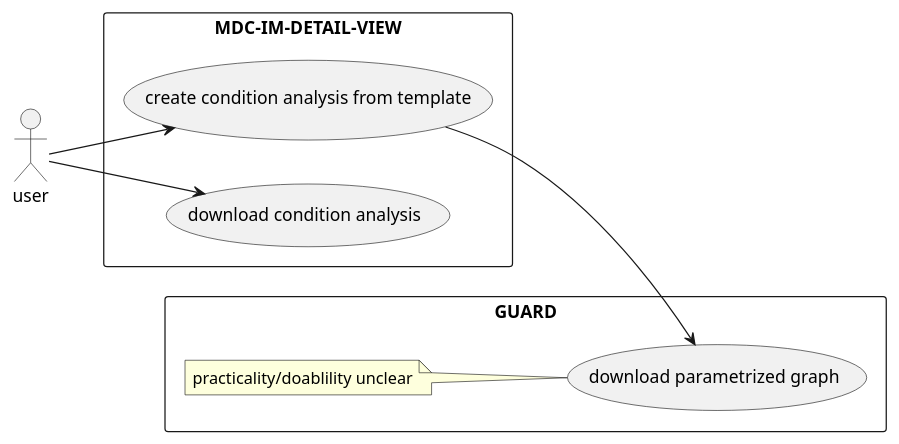
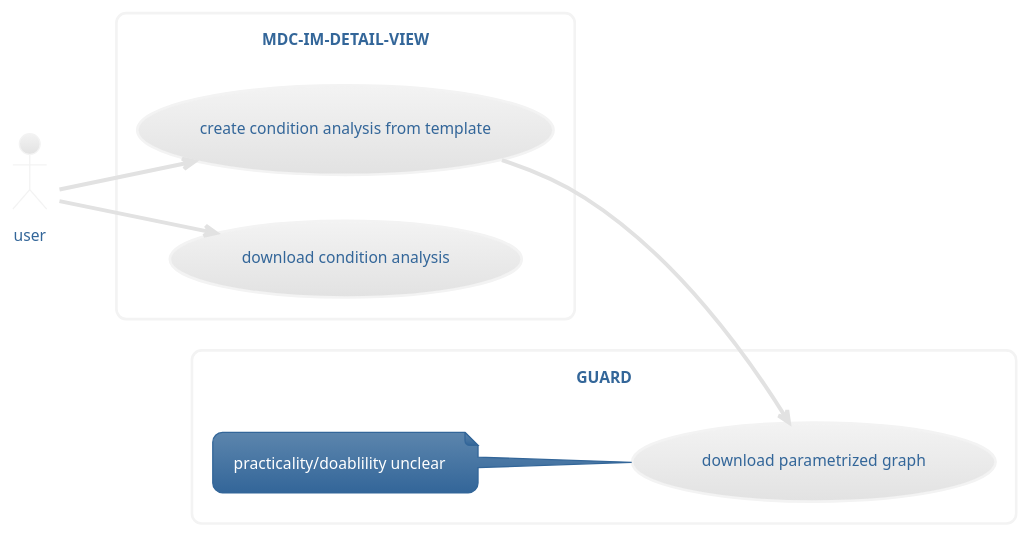
Before and after one commit to mnwk/mdc-im: diagram 12 of 12 in doc/usecases/overview.md, drawn with PlantUML.

Commit message:
update gitignore

````diff
--- a/doc/usecases/overview.md
+++ b/doc/usecases/overview.md
@@ -338,19 +338,20 @@
 ```plantuml
 @startuml
+!theme lightgray
 left to right direction
 actor user
 rectangle "MDC-IM-DETAIL-VIEW"{
     usecase "create condition analysis from template" as mdc_im_create_analysis
     usecase "download condition analysis" as mdc_im_download_analysis
 }
 rectangle "GUARD" {
     usecase "download parametrized graph" as gu_download_graph
     note left
          practicality/doablility unclear
     end note
 }
 user-->mdc_im_download_analysis
 user-->mdc_im_create_analysis
 mdc_im_create_analysis-->gu_download_graph
 @enduml
 ```
````
